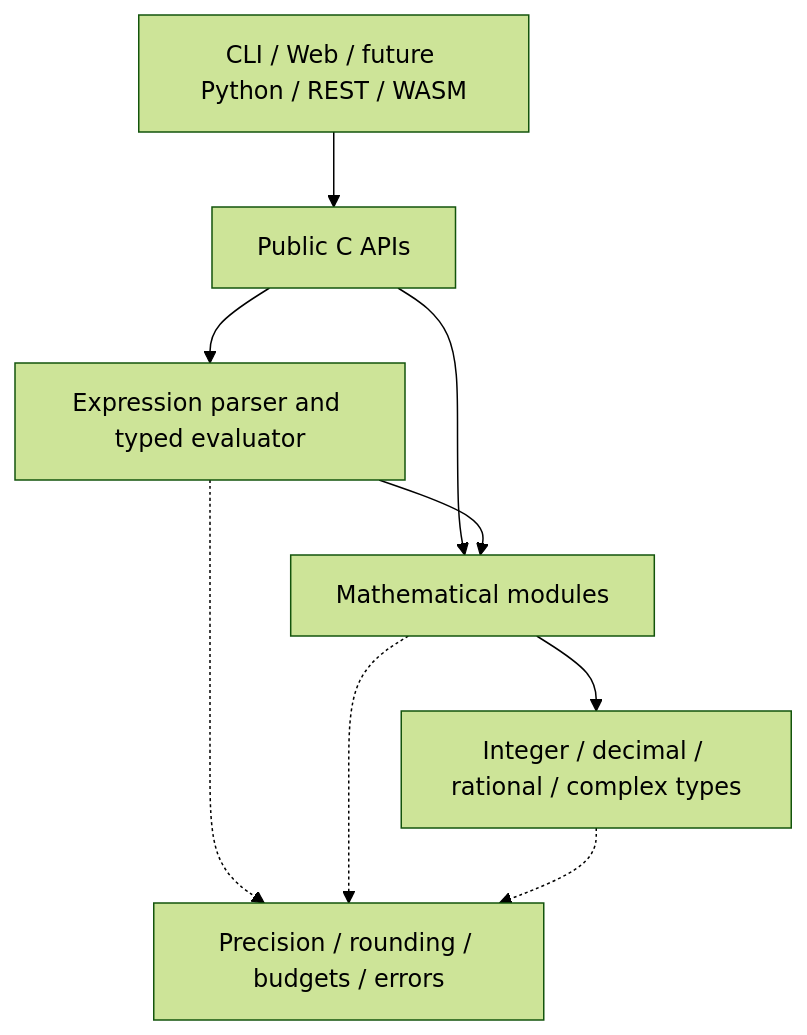
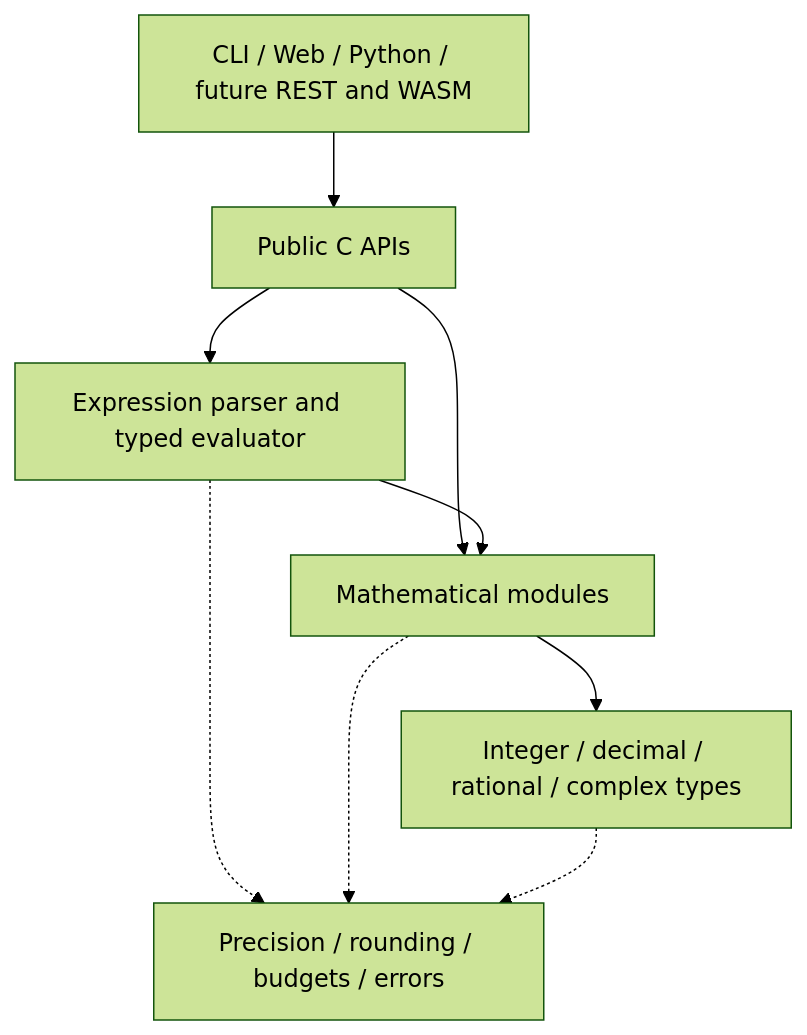
The diagram in docs/design/MODULAR_ENGINE.md (Interacti0n/NumForge), drawn with Mermaid (forest theme) before and after one commit. The commit also changed other lines of this file and 30 other files, not shown here.

````diff
--- a/docs/design/MODULAR_ENGINE.md
+++ b/docs/design/MODULAR_ENGINE.md
@@ -9,11 +9,11 @@
 ```mermaid
 flowchart TD
-    Clients[CLI / Web / future Python / REST / WASM] --> API[Public C APIs]
+    Clients[CLI / Web / Python / future REST and WASM] --> API[Public C APIs]
     API --> Expressions[Expression parser and typed evaluator]
     API --> Modules[Mathematical modules]
     Expressions --> Modules
     Modules --> Numbers[Integer / decimal / rational / complex types]
     Expressions -.-> Runtime[Precision / rounding / budgets / errors]
     Modules -.-> Runtime
     Numbers -.-> Runtime
 ```
````
